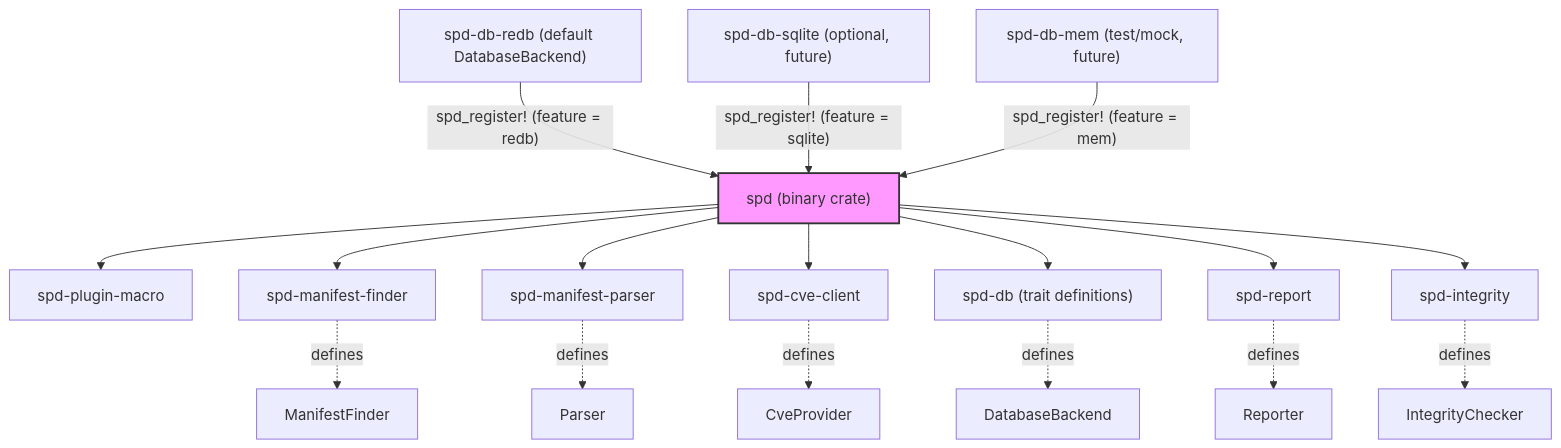
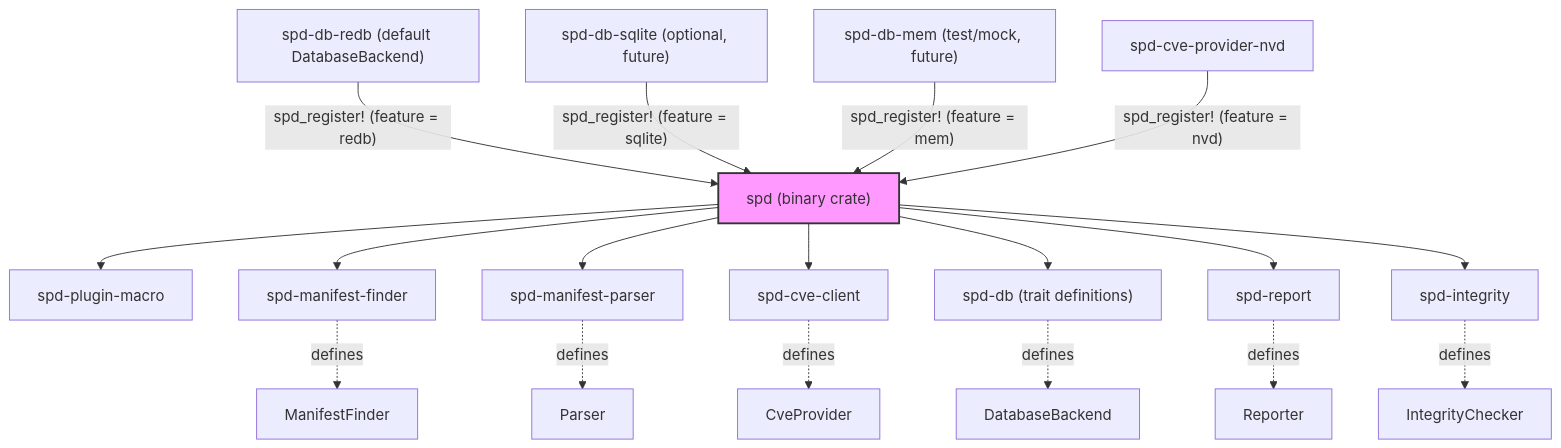
The first of 3 diagrams in CONTRIBUTING.md (verilyze/verilyze), drawn with Mermaid before and after one commit. The commit also changed other lines of this file and 17 other files, not shown here.

First line of the commit message:
feat: add NVD as CVE provider

````diff
--- a/CONTRIBUTING.md
+++ b/CONTRIBUTING.md
@@ -44,39 +45,40 @@
 ```mermaid
 graph TD
     %% Core binary
     A["spd (binary crate)"]
     %% Macro crate (used by binary for plugin registration)
     M["spd-plugin-macro"]
     %% Library crates
     B["spd-manifest-finder"]
     C["spd-manifest-parser"]
     D["spd-cve-client"]
     E["spd-db (trait definitions)"]
     F["spd-report"]
     G["spd-integrity"]
     %% Concrete implementations (plug‑ins)
     H["spd-db-redb (default DatabaseBackend)"]
     I["spd-db-sqlite (optional, future)"]
     J["spd-db-mem (test/mock, future)"]
     %% Edges from binary to libraries
     A --> B
     A --> C
     A --> D
     A --> E
     A --> F
     A --> G
     A --> M
     %% Edges from libraries to the traits they expose (collapsed for brevity)
     B -.->|defines| ManifestFinder
     C -.->|defines| Parser
     D -.->|defines| CveProvider
     E -.->|defines| DatabaseBackend
     F -.->|defines| Reporter
     G -.->|defines| IntegrityChecker
     %% Registration edges (plug‑in discovery)
     H -->|"spd_register! (feature = redb)"| A
     I -->|"spd_register! (feature = sqlite)"| A
     J -->|"spd_register! (feature = mem)"| A
+    K["spd-cve-provider-nvd"] -->|"spd_register! (feature = nvd)"| A
     %% Visual styling
     style A fill:#f9f,stroke:#333,stroke-width:2px
 ```
````
